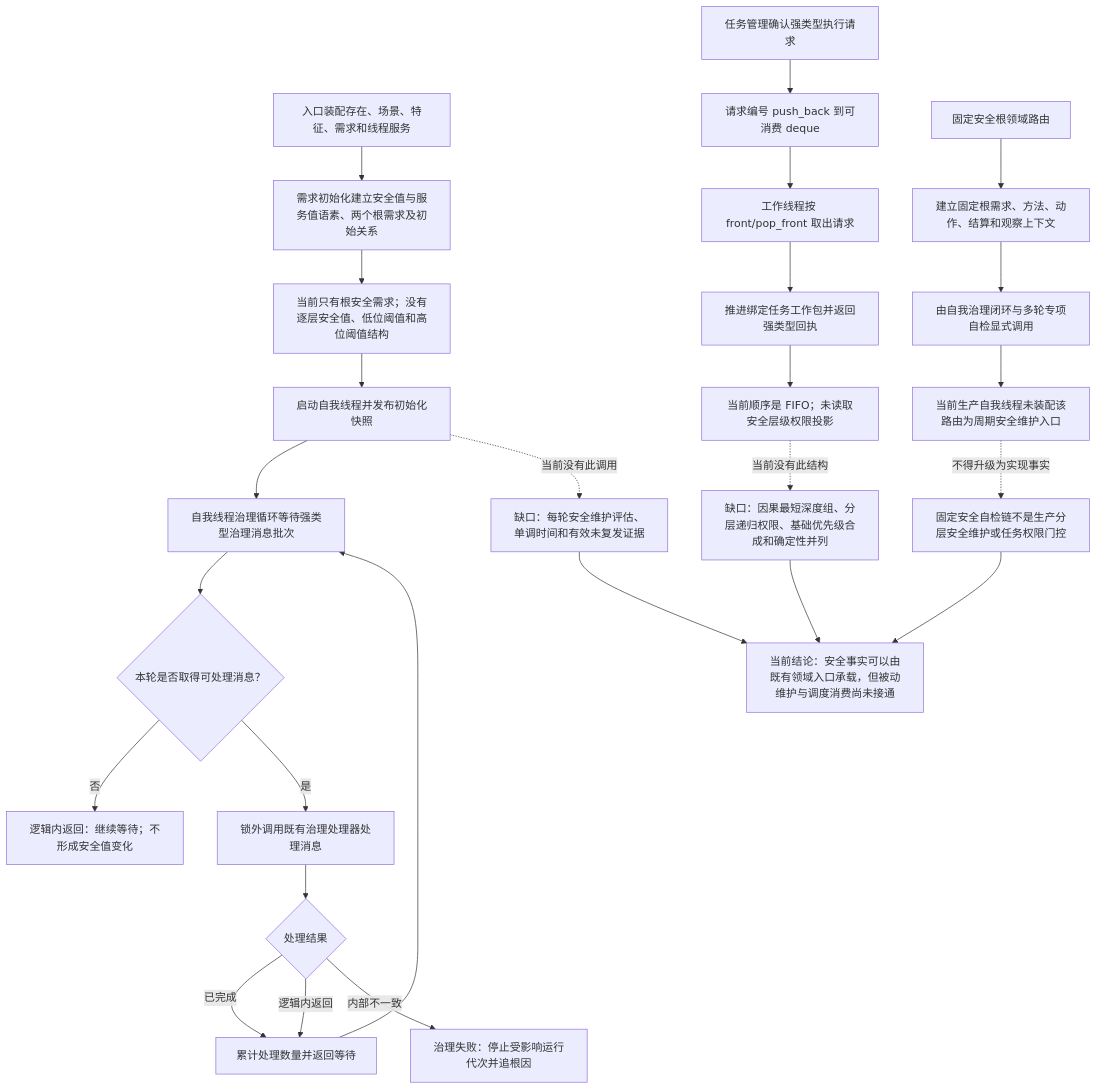
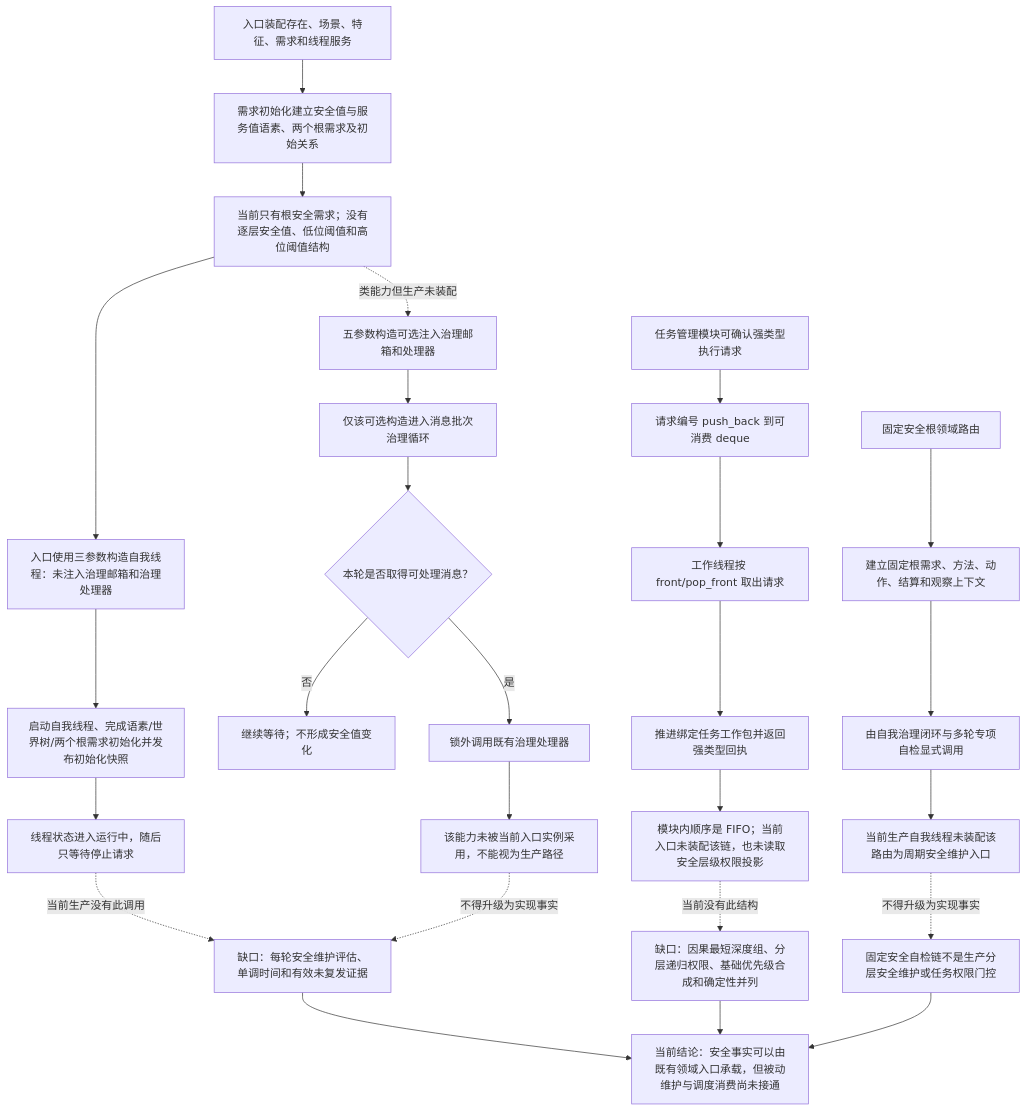
The diagram in 流程图/现状流程图/20260724_SAFETY-PRIORITY_安全值维护与因果优先级现状流程图_v0.1.md (chunhaizh-cyber/HY-Ego), drawn with Mermaid before and after one commit. The commit also changed other lines of this file and 34 other files, not shown here.

````diff
--- a/流程图/现状流程图/20260724_SAFETY-PRIORITY_安全值维护与因果优先级现状流程图_v0.1.md
+++ b/流程图/现状流程图/20260724_SAFETY-PRIORITY_安全值维护与因果优先级现状流程图_v0.1.md
@@ -38,31 +38,32 @@
 ```mermaid
 flowchart TD
     A["入口装配存在、场景、特征、需求和线程服务"] --> B["需求初始化建立安全值与服务值语素、两个根需求及初始关系"]
     B --> C["当前只有根安全需求；没有逐层安全值、低位阈值和高位阈值结构"]
-    C --> D["启动自我线程并发布初始化快照"]
-    D --> E["自我线程治理循环等待强类型治理消息批次"]
-    E --> F{"本轮是否取得可处理消息？"}
-    F -- "否" --> R1["逻辑内返回：继续等待；不形成安全值变化"]
-    F -- "是" --> G["锁外调用既有治理处理器处理消息"]
-    G --> H{"处理结果"}
-    H -- "已完成" --> I["累计处理数量并返回等待"]
-    H -- "逻辑内返回" --> I
-    H -- "内部不一致" --> E1["治理失败：停止受影响运行代次并追根因"]
-    I --> E
-    D -. "当前没有此调用" .-> GAP1["缺口：每轮安全维护评估、单调时间和有效未复发证据"]
+    C --> D["入口使用三参数构造自我线程：未注入治理邮箱和治理处理器"]
+    D --> E["启动自我线程、完成语素/世界树/两个根需求初始化并发布初始化快照"]
+    E --> F["线程状态进入运行中，随后只等待停止请求"]
+    F -. "当前生产没有此调用" .-> GAP1["缺口：每轮安全维护评估、单调时间和有效未复发证据"]
 
-    J["任务管理确认强类型执行请求"] --> K["请求编号 push_back 到可消费 deque"]
+    C -. "类能力但生产未装配" .-> V0["五参数构造可选注入治理邮箱和处理器"]
+    V0 --> V1["仅该可选构造进入消息批次治理循环"]
+    V1 --> V2{"本轮是否取得可处理消息？"}
+    V2 -- "否" --> V3["继续等待；不形成安全值变化"]
+    V2 -- "是" --> V4["锁外调用既有治理处理器"]
+    V4 --> V5["该能力未被当前入口实例采用，不能视为生产路径"]
+    V5 -. "不得升级为实现事实" .-> GAP1
+
+    J["任务管理模块可确认强类型执行请求"] --> K["请求编号 push_back 到可消费 deque"]
     K --> L["工作线程按 front/pop_front 取出请求"]
     L --> M["推进绑定任务工作包并返回强类型回执"]
-    M --> N["当前顺序是 FIFO；未读取安全层级权限投影"]
+    M --> N["模块内顺序是 FIFO；当前入口未装配该链，也未读取安全层级权限投影"]
     N -. "当前没有此结构" .-> GAP2["缺口：因果最短深度组、分层递归权限、基础优先级合成和确定性并列"]
 
     O["固定安全根领域路由"] --> P["建立固定根需求、方法、动作、结算和观察上下文"]
     P --> Q["由自我治理闭环与多轮专项自检显式调用"]
     Q --> R["当前生产自我线程未装配该路由为周期安全维护入口"]
     R -. "不得升级为实现事实" .-> GAP3["固定安全自检链不是生产分层安全维护或任务权限门控"]
 
     GAP1 --> Z["当前结论：安全事实可以由既有领域入口承载，但被动维护与调度消费尚未接通"]
     GAP2 --> Z
     GAP3 --> Z
 ```
````
